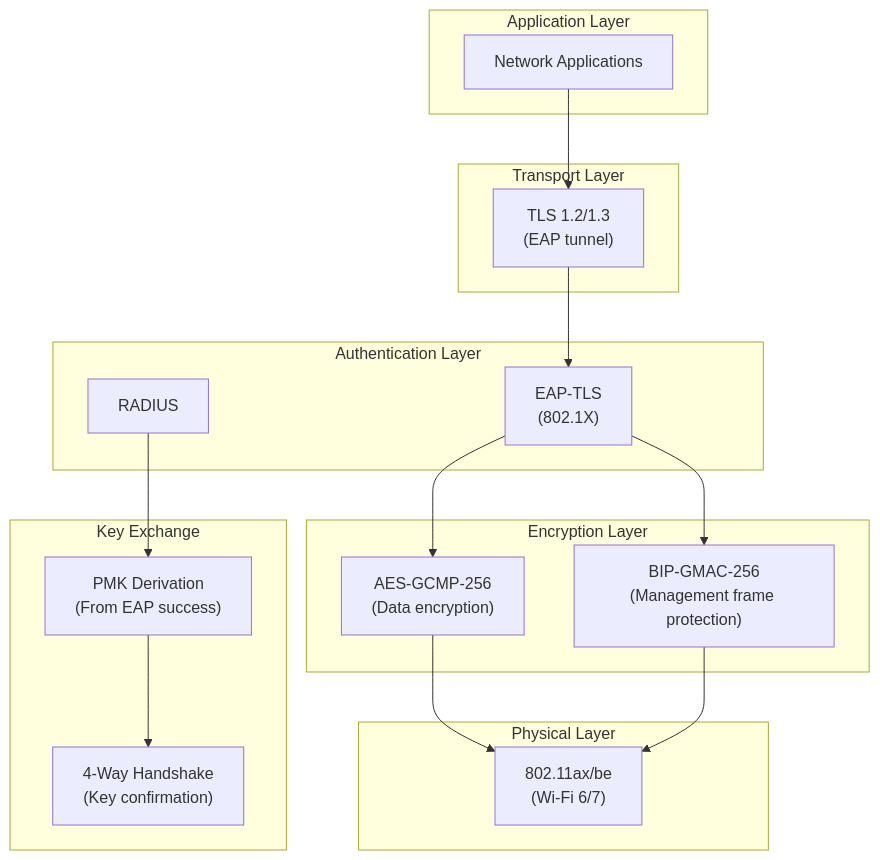
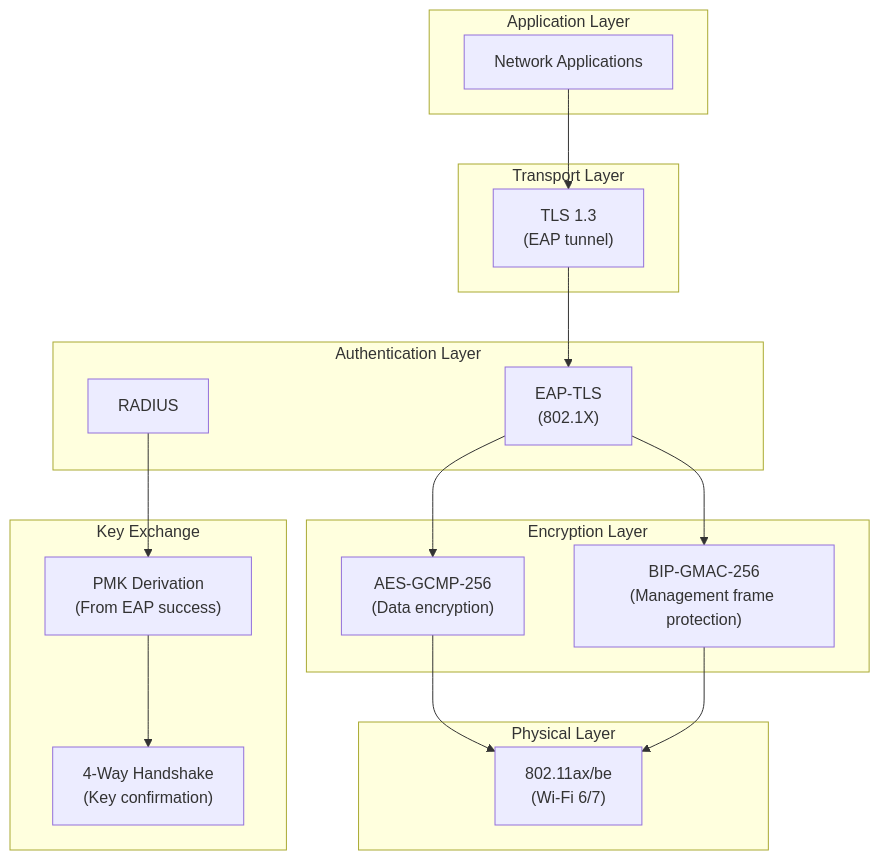
One commit to NewOrleansITI/networkstandards changed the second of 11 diagrams in docs/security/wpa3-enterprise.md. Above: the diagram before and after it, drawn with Mermaid. The commit also changed other lines of this file and 5 other files, not shown here.

````diff
--- a/docs/security/wpa3-enterprise.md
+++ b/docs/security/wpa3-enterprise.md
@@ -88,35 +88,35 @@
 ```mermaid
 graph TB
     subgraph APPLICATION["Application Layer"]
         APP["Network Applications"]
     end
 
     subgraph TRANSPORT["Transport Layer"]
-        TLS["TLS 1.2/1.3<br/>(EAP tunnel)"]
+        TLS["TLS 1.3<br/>(EAP tunnel)"]
     end
 
     subgraph AUTHENTICATION["Authentication Layer"]
         EAP["EAP-TLS<br/>(802.1X)"]
         RADIUS["RADIUS"]
     end
 
     subgraph ENCRYPTION["Encryption Layer"]
         GCMP["AES-GCMP-256<br/>(Data encryption)"]
         PMF["BIP-GMAC-256<br/>(Management frame protection)"]
     end
 
     subgraph HANDSHAKE["Key Exchange"]
         FOURWAY["4-Way Handshake<br/>(Key confirmation)"]
         PMK["PMK Derivation<br/>(From EAP success)"]
     end
 
     subgraph PHYSICAL["Physical Layer"]
         RF["802.11ax/be<br/>(Wi-Fi 6/7)"]
     end
 
     APP --> TLS --> EAP --> GCMP
     EAP --> PMF
     RADIUS --> PMK --> FOURWAY
     GCMP --> RF
     PMF --> RF
 ```
````
